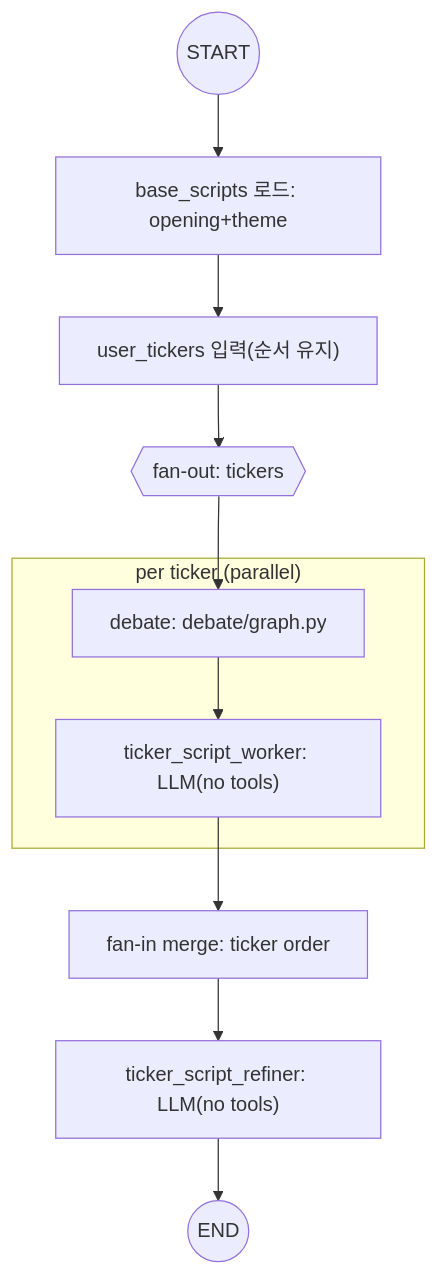
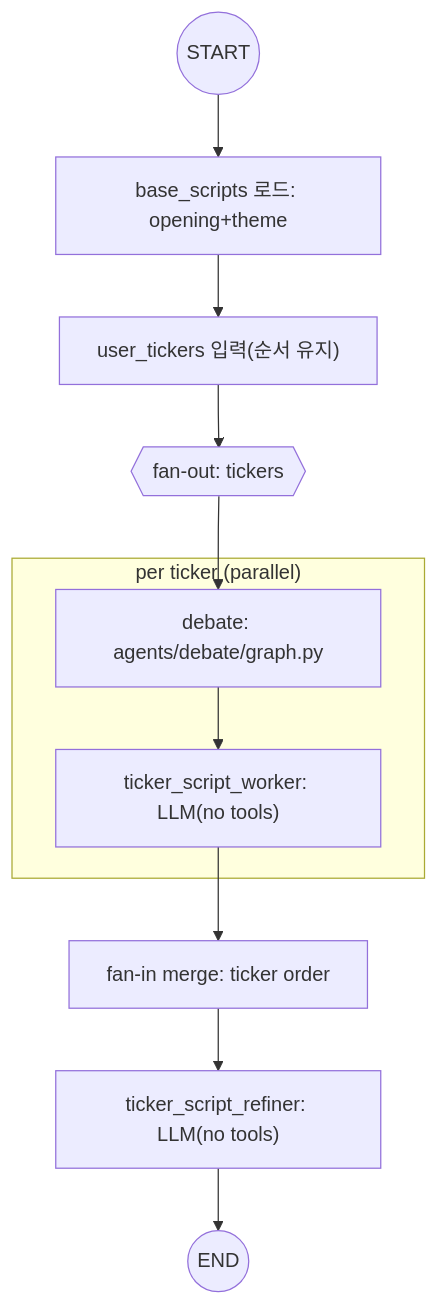
One commit to junseok0913/25fw-kubig-mas changed the fourth of 4 diagrams in debate/ARCHITECTURE.md. Above: the diagram before and after it, drawn with Mermaid. The commit also changed other lines of this file and 148 other files, not shown here.

````diff
--- a/debate/ARCHITECTURE.md
+++ b/debate/ARCHITECTURE.md
@@ -325,16 +325,16 @@
 ```mermaid
 flowchart TD
   S(("START")) --> B["base_scripts 로드: opening+theme"]
   B --> T["user_tickers 입력(순서 유지)"]
 
   T --> F{{"fan-out: tickers"}}
 
   subgraph PT["per ticker (parallel)"]
-    D["debate: debate/graph.py"] --> W["ticker_script_worker: LLM(no tools)"]
+    D["debate: agents/debate/graph.py"] --> W["ticker_script_worker: LLM(no tools)"]
   end
 
   F --> D
   W --> M["fan-in merge: ticker order"]
   M --> R["ticker_script_refiner: LLM(no tools)"]
   R --> E(("END"))
 ```
````
